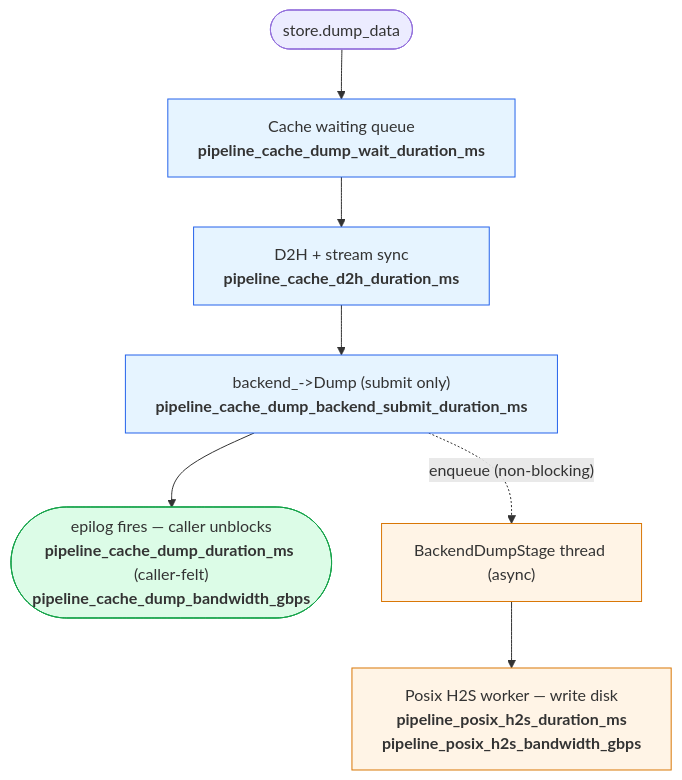
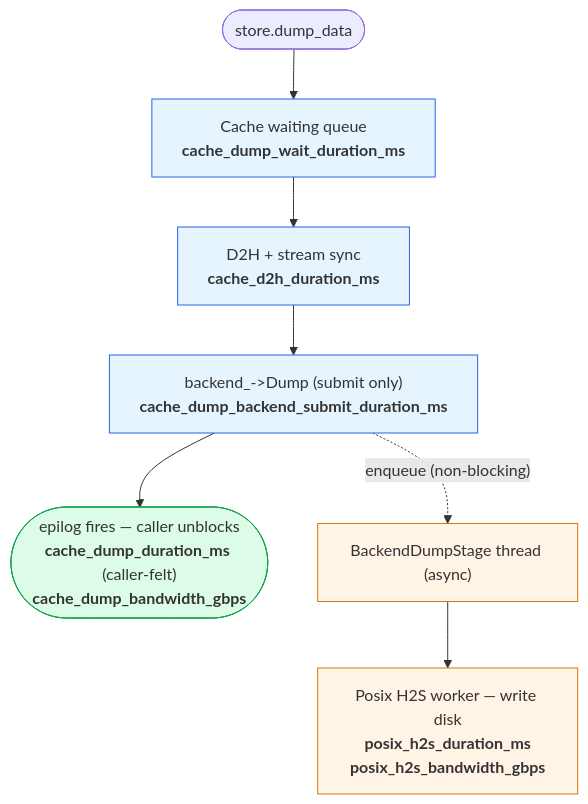
Before and after one commit to ModelEngine-Group/unified-cache-management: the fourth of 4 diagrams in docs/source/user-guide/metrics/performance_analysis.md, drawn with Mermaid. The commit also changed other lines of this file and 7 other files, not shown here.

````diff
--- a/docs/source/user-guide/metrics/performance_analysis.md
+++ b/docs/source/user-guide/metrics/performance_analysis.md
@@ -81,18 +81,18 @@
 ```mermaid
 flowchart TD
     A(["store.dump_data"])
-    B["Cache waiting queue<br/><b>pipeline_cache_dump_wait_duration_ms</b>"]
-    C["D2H + stream sync<br/><b>pipeline_cache_d2h_duration_ms</b>"]
-    D["backend_->Dump (submit only)<br/><b>pipeline_cache_dump_backend_submit_duration_ms</b>"]
-    E(["epilog fires — caller unblocks<br/><b>pipeline_cache_dump_duration_ms</b> (caller-felt)<br/><b>pipeline_cache_dump_bandwidth_gbps</b>"])
+    B["Cache waiting queue<br/><b>cache_dump_wait_duration_ms</b>"]
+    C["D2H + stream sync<br/><b>cache_d2h_duration_ms</b>"]
+    D["backend_->Dump (submit only)<br/><b>cache_dump_backend_submit_duration_ms</b>"]
+    E(["epilog fires — caller unblocks<br/><b>cache_dump_duration_ms</b> (caller-felt)<br/><b>cache_dump_bandwidth_gbps</b>"])
     F["BackendDumpStage thread (async)"]
-    G["Posix H2S worker — write disk<br/><b>pipeline_posix_h2s_duration_ms</b><br/><b>pipeline_posix_h2s_bandwidth_gbps</b>"]
+    G["Posix H2S worker — write disk<br/><b>posix_h2s_duration_ms</b><br/><b>posix_h2s_bandwidth_gbps</b>"]
     A --> B --> C --> D --> E
     D -. "enqueue (non-blocking)" .-> F --> G
     classDef cache fill:#e6f4ff,stroke:#2563eb
     classDef posix fill:#fff4e6,stroke:#d97706
     classDef done fill:#dcfce7,stroke:#16a34a
     class B,C,D cache
     class F,G posix
     class E done
 ```
````
